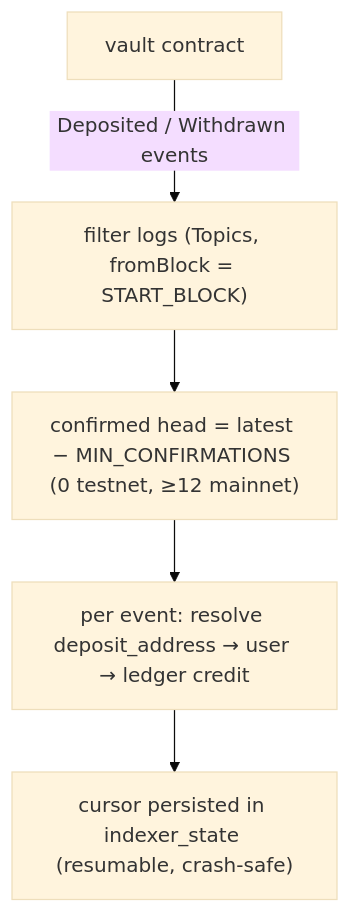
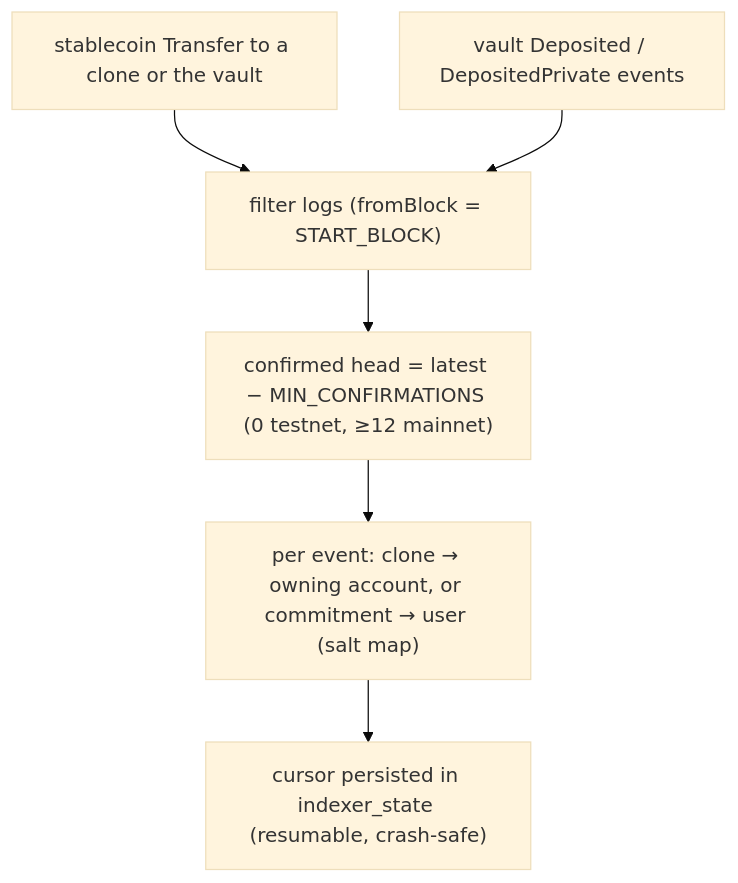
One commit to divineshedrack33220/globmint changed the ninth of 10 diagrams in README.md. Above: the diagram before and after it, drawn with Mermaid (base theme). The commit also changed other lines of this file and 21 other files, not shown here.

First line of the commit message:
Privacy-enabled vault clones: commitment balances + local-chain workflow

````diff
--- a/README.md
+++ b/README.md
@@ -666,7 +739,8 @@
 ```mermaid
 flowchart TB
-    VAULT[vault contract] -->|"Deposited / Withdrawn events"| L["filter logs (Topics, fromBlock = START_BLOCK)"]
+    CLONE[stablecoin Transfer to a clone or the vault] --> L["filter logs (fromBlock = START_BLOCK)"]
+    VAULT[vault Deposited / DepositedPrivate events] --> L
     L --> H["confirmed head = latest − MIN_CONFIRMATIONS (0 testnet, ≥12 mainnet)"]
-    H --> R["per event: resolve deposit_address → user → ledger credit"]
+    H --> R["per event: clone → owning account, or commitment → user (salt map)"]
     R --> C["cursor persisted in indexer_state (resumable, crash-safe)"]
 ```
````
